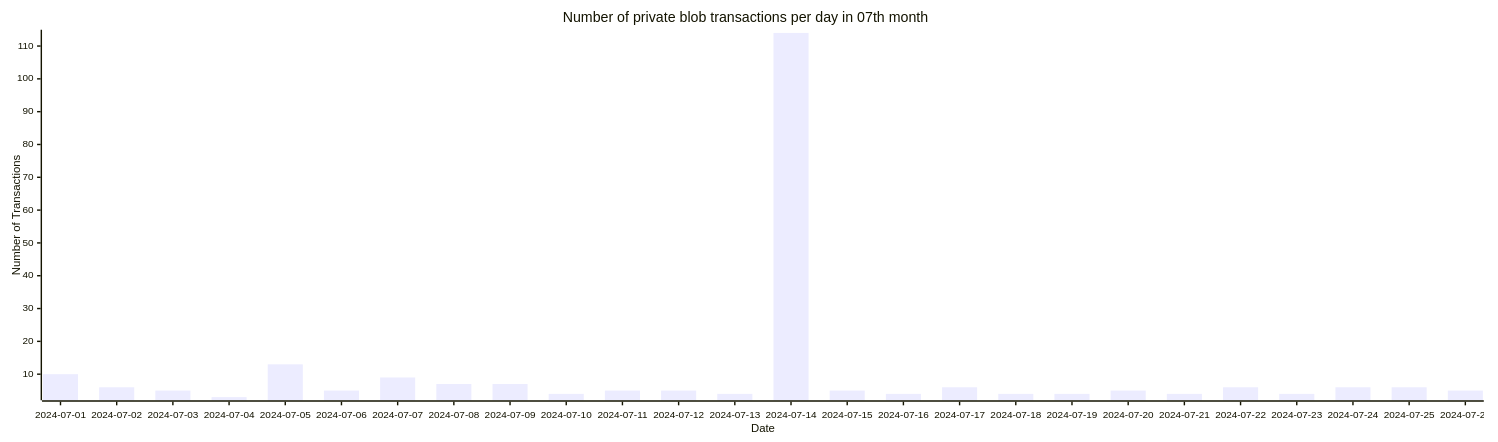
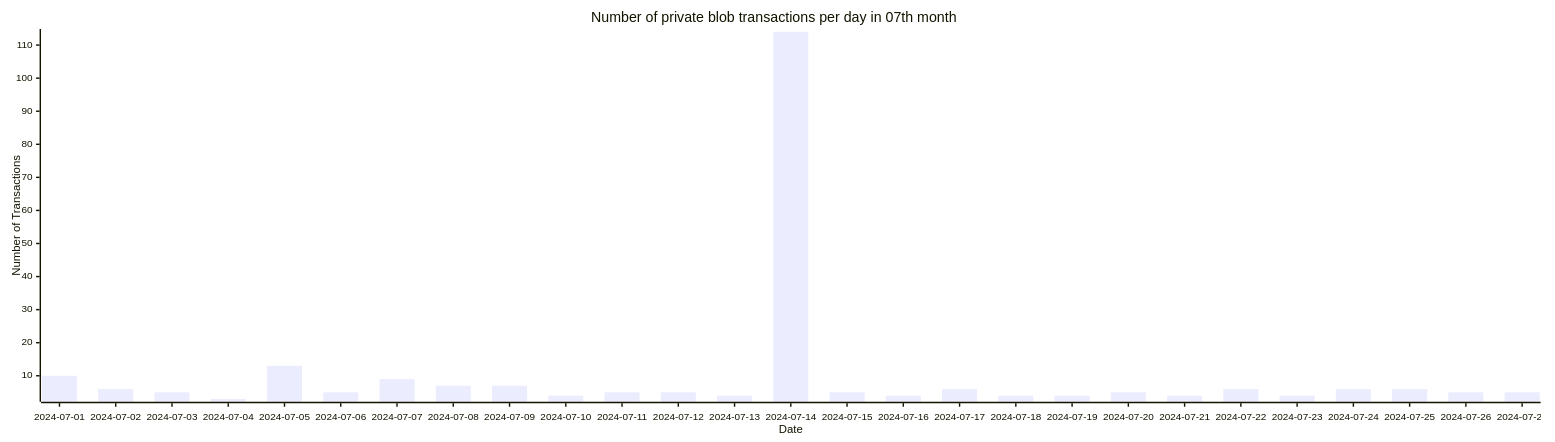
The fifth of 5 diagrams in README.md (Amit0617/eip4844-data), drawn with Mermaid before and after one commit. The commit also changed 1 other file, not shown here.

````diff
--- a/README.md
+++ b/README.md
@@ -53,12 +53,12 @@
 ```mermaid
 ---
 config:
     xyChart:
-        width: 2080
+        width: 2160
         height: 600
 ---
 xychart-beta title "Number of private blob transactions per day in 07th month"
-x-axis "Date" [2024-07-01,2024-07-02,2024-07-03,2024-07-04,2024-07-05,2024-07-06,2024-07-07,2024-07-08,2024-07-09,2024-07-10,2024-07-11,2024-07-12,2024-07-13,2024-07-14,2024-07-15,2024-07-16,2024-07-17,2024-07-18,2024-07-19,2024-07-20,2024-07-21,2024-07-22,2024-07-23,2024-07-24,2024-07-25,2024-07-26]
+x-axis "Date" [2024-07-01,2024-07-02,2024-07-03,2024-07-04,2024-07-05,2024-07-06,2024-07-07,2024-07-08,2024-07-09,2024-07-10,2024-07-11,2024-07-12,2024-07-13,2024-07-14,2024-07-15,2024-07-16,2024-07-17,2024-07-18,2024-07-19,2024-07-20,2024-07-21,2024-07-22,2024-07-23,2024-07-24,2024-07-25,2024-07-26,2024-07-27]
 y-axis "Number of Transactions"
-bar[10,6,5,3,13,5,9,7,7,4,5,5,4,114,5,4,6,4,4,5,4,6,4,6,6,5]
+bar[10,6,5,3,13,5,9,7,7,4,5,5,4,114,5,4,6,4,4,5,4,6,4,6,6,5,5]
 ```
````
